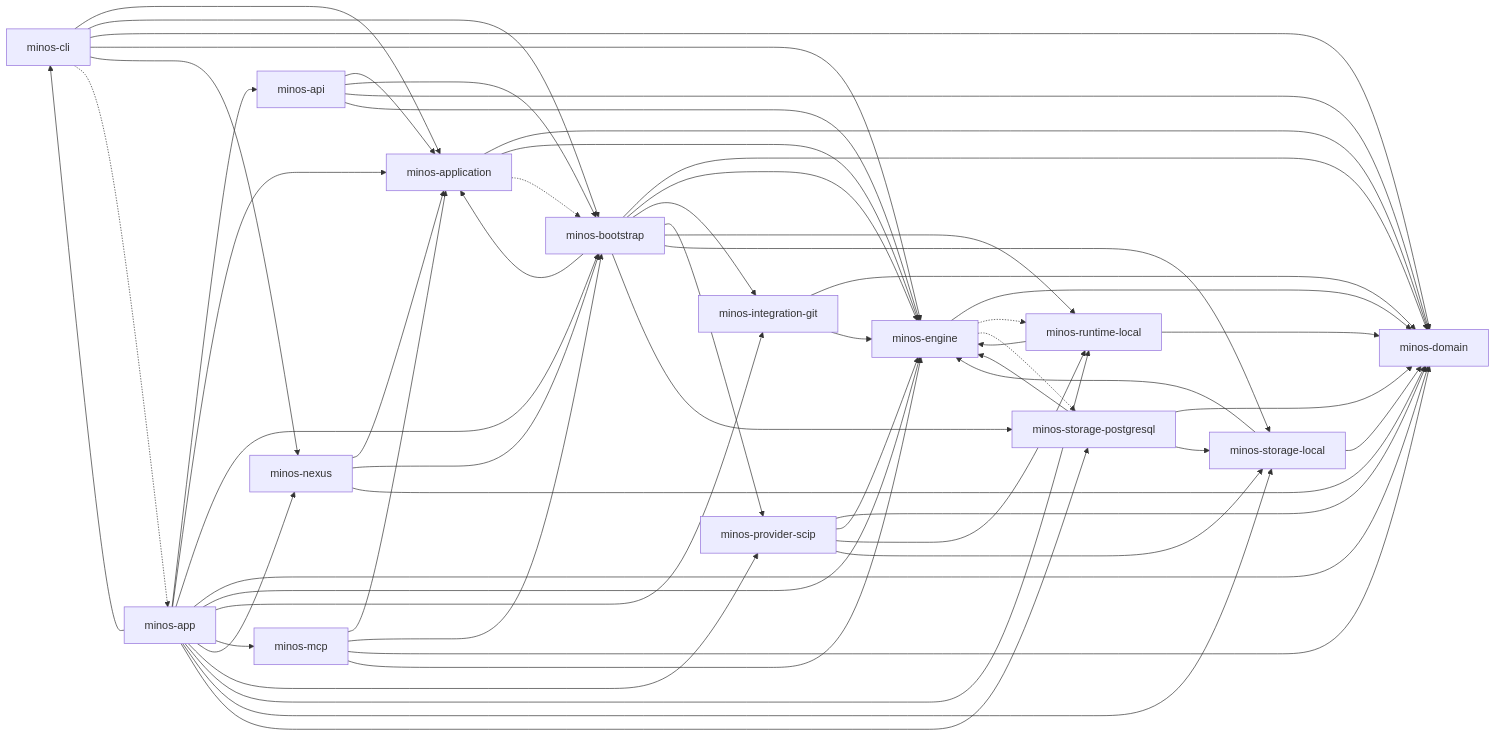
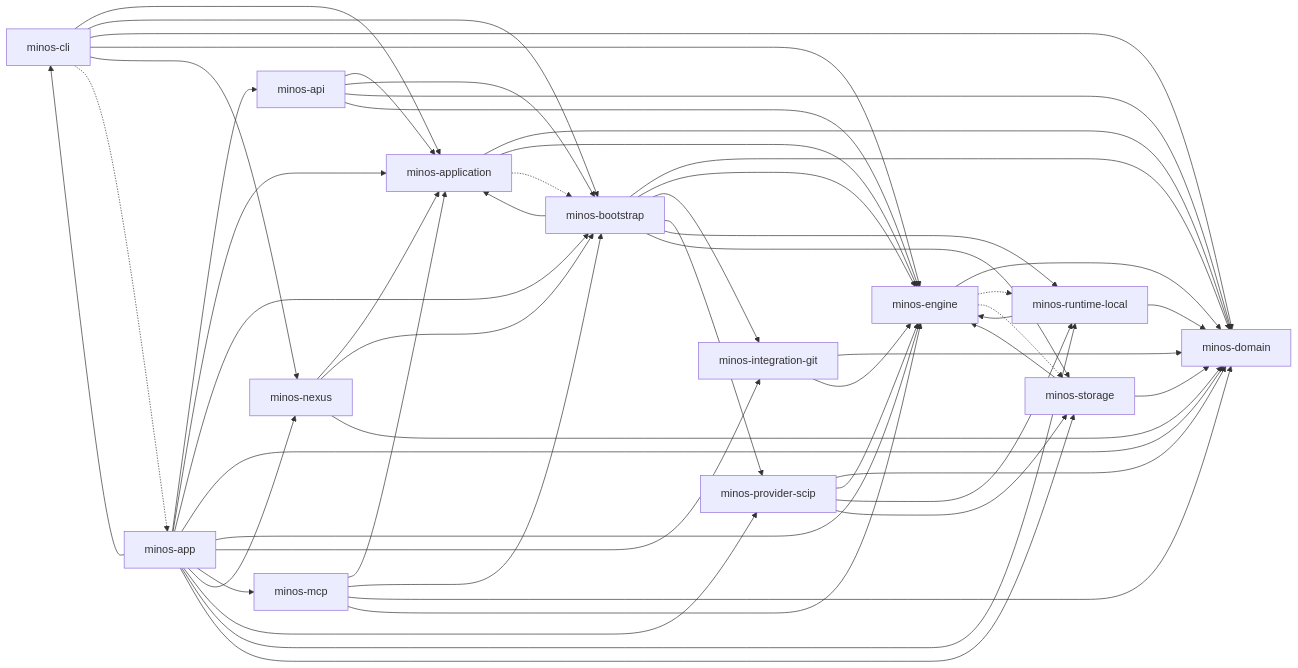
The diagram in docs/architecture/diagrams/module-dependencies.md (FTurleque/minos-code-intelligence), drawn with Mermaid before and after one commit. The commit also changed other lines of this file and 4 other files, not shown here.

Commit message:
ci(architecture): gouverner minos-storage et cliqueter les backends par packages (SH-02, D2, D4)

````diff
--- a/docs/architecture/diagrams/module-dependencies.md
+++ b/docs/architecture/diagrams/module-dependencies.md
@@ -8,74 +8,68 @@
 ```mermaid
 flowchart LR
     minos_domain["minos-domain"]
     minos_engine["minos-engine"]
     minos_runtime_local["minos-runtime-local"]
-    minos_storage_local["minos-storage-local"]
-    minos_storage_postgresql["minos-storage-postgresql"]
+    minos_storage["minos-storage"]
     minos_provider_scip["minos-provider-scip"]
     minos_integration_git["minos-integration-git"]
     minos_application["minos-application"]
     minos_bootstrap["minos-bootstrap"]
     minos_nexus["minos-nexus"]
     minos_cli["minos-cli"]
     minos_api["minos-api"]
     minos_mcp["minos-mcp"]
     minos_app["minos-app"]
     minos_engine --> minos_domain
     minos_runtime_local --> minos_domain
     minos_runtime_local --> minos_engine
-    minos_storage_local --> minos_domain
-    minos_storage_local --> minos_engine
-    minos_storage_postgresql --> minos_domain
-    minos_storage_postgresql --> minos_engine
-    minos_storage_postgresql --> minos_storage_local
+    minos_storage --> minos_domain
+    minos_storage --> minos_engine
     minos_provider_scip --> minos_domain
     minos_provider_scip --> minos_engine
     minos_provider_scip --> minos_runtime_local
-    minos_provider_scip --> minos_storage_local
+    minos_provider_scip --> minos_storage
     minos_integration_git --> minos_domain
     minos_integration_git --> minos_engine
     minos_application --> minos_domain
     minos_application --> minos_engine
     minos_bootstrap --> minos_application
     minos_bootstrap --> minos_domain
     minos_bootstrap --> minos_engine
     minos_bootstrap --> minos_integration_git
     minos_bootstrap --> minos_provider_scip
     minos_bootstrap --> minos_runtime_local
-    minos_bootstrap --> minos_storage_local
-    minos_bootstrap --> minos_storage_postgresql
+    minos_bootstrap --> minos_storage
     minos_nexus --> minos_application
     minos_nexus --> minos_bootstrap
     minos_nexus --> minos_domain
     minos_cli --> minos_application
     minos_cli --> minos_bootstrap
     minos_cli --> minos_domain
     minos_cli --> minos_engine
     minos_cli --> minos_nexus
     minos_api --> minos_application
     minos_api --> minos_bootstrap
     minos_api --> minos_domain
     minos_api --> minos_engine
     minos_mcp --> minos_application
     minos_mcp --> minos_bootstrap
     minos_mcp --> minos_domain
     minos_mcp --> minos_engine
     minos_app --> minos_api
     minos_app --> minos_application
     minos_app --> minos_bootstrap
     minos_app --> minos_cli
     minos_app --> minos_domain
     minos_app --> minos_engine
     minos_app --> minos_integration_git
     minos_app --> minos_mcp
     minos_app --> minos_nexus
     minos_app --> minos_provider_scip
     minos_app --> minos_runtime_local
-    minos_app --> minos_storage_local
-    minos_app --> minos_storage_postgresql
+    minos_app --> minos_storage
     minos_application -.-> minos_bootstrap
     minos_cli -.-> minos_app
     minos_engine -.-> minos_runtime_local
-    minos_engine -.-> minos_storage_postgresql
+    minos_engine -.-> minos_storage
 ```
````
